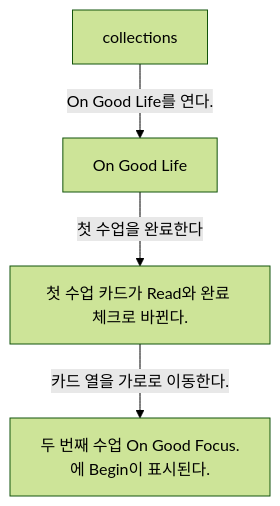
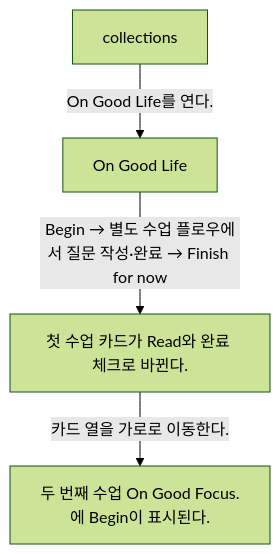
The diagram in docs/Stoic/flows/collection-detail-from-collections-dc9e8970/README.md (Dev-Corgi/Stoic-Build-Clone-Test), drawn with Mermaid (forest theme) before and after one commit. The commit also changed other lines of this file and 23 other files, not shown here.

Commit message:
docs: verify Stoic flows with user-confirmed transitions

````diff
--- a/docs/Stoic/flows/collection-detail-from-collections-dc9e8970/README.md
+++ b/docs/Stoic/flows/collection-detail-from-collections-dc9e8970/README.md
@@ -8,10 +8,10 @@
 ```mermaid
 flowchart TD
   S1["collections"]
   S1 -->|On Good Life를 연다.| S2
   S2["On Good Life"]
-  S2 -->|첫 수업을 완료한다| S3
+  S2 -->|Begin → 별도 수업 플로우에서 질문 작성·완료 → Finish for now| S3
   S3["첫 수업 카드가 Read와 완료 체크로 바뀐다."]
   S3 -->|카드 열을 가로로 이동한다.| S4
   S4["두 번째 수업 On Good Focus.에 Begin이 표시된다."]
 ```
````
